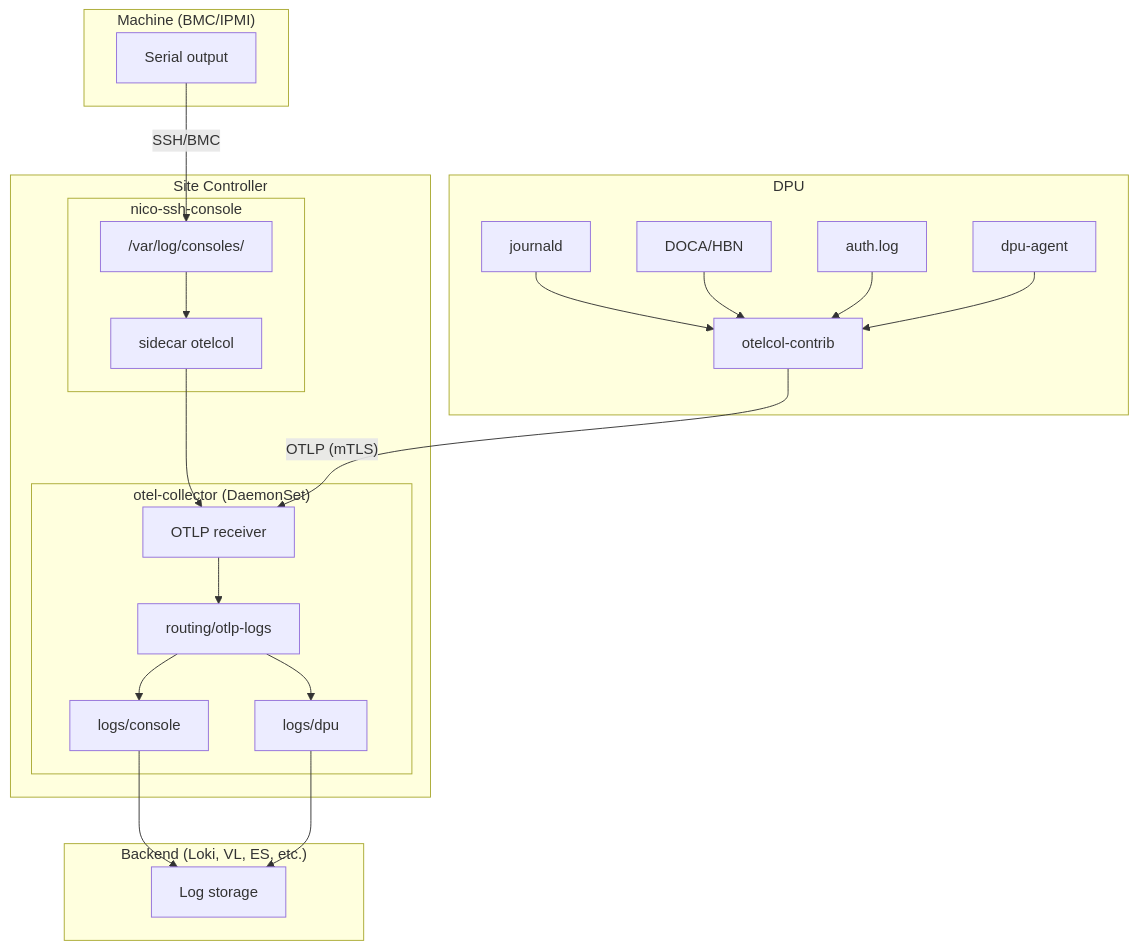
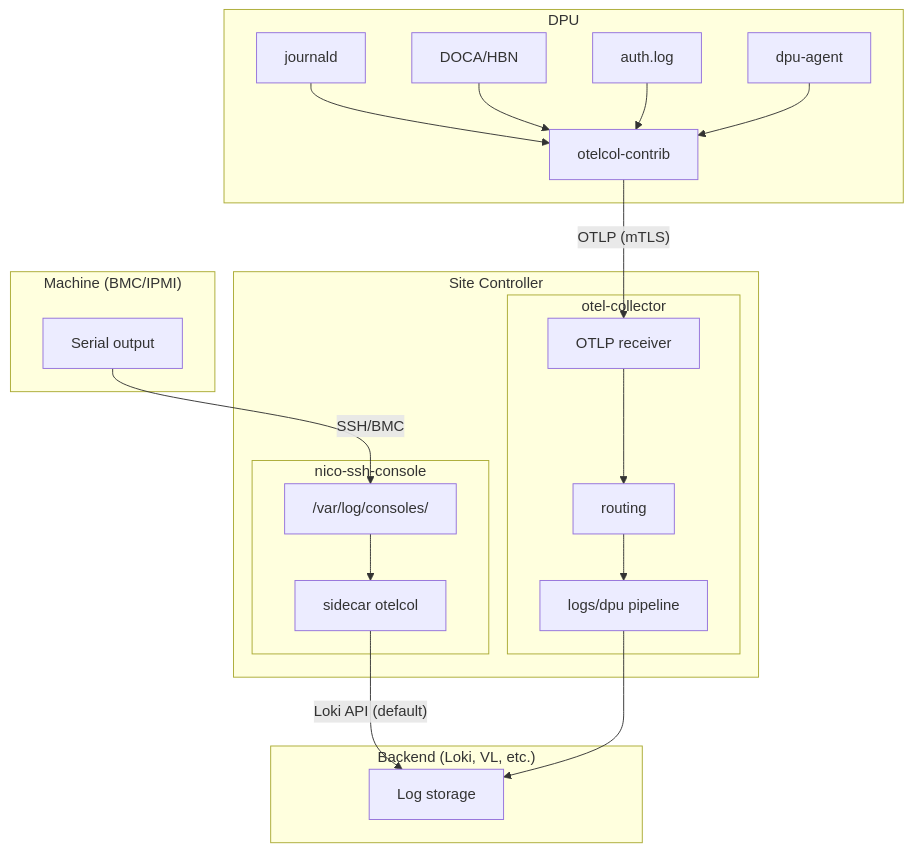
One commit to NVIDIA/bare-metal-manager-core changed the diagram in docs/observability/machine-dpu-logs.md. Above: the diagram before and after it, drawn with Mermaid. The commit also changed other lines of this file, not shown here.

Commit message:
docs(logs): address review findings for machine-dpu-logs

````diff
--- a/docs/observability/machine-dpu-logs.md
+++ b/docs/observability/machine-dpu-logs.md
@@ -18,44 +18,39 @@
 ```mermaid
 flowchart TB
     subgraph Machine["Machine (BMC/IPMI)"]
         serial["Serial output"]
     end
 
     subgraph DPU["DPU"]
         otelDPU["otelcol-contrib"]
         journald["journald"]
         hbn["DOCA/HBN"]
         auth["auth.log"]
         agent["dpu-agent"]
         journald & hbn & auth & agent --> otelDPU
     end
 
     subgraph Site["Site Controller"]
         subgraph sshConsole["nico-ssh-console"]
             files["/var/log/consoles/"]
             sidecar["sidecar otelcol"]
             files --> sidecar
         end
 
-        subgraph siteOtel["otel-collector (DaemonSet)"]
+        subgraph siteOtel["otel-collector"]
             otlpRecv["OTLP receiver"]
-            routing["routing/otlp-logs"]
-            logsConsole["logs/console"]
-            logsDPU["logs/dpu"]
-            otlpRecv --> routing
-            routing --> logsConsole
-            routing --> logsDPU
+            routing["routing"]
+            logsDPU["logs/dpu pipeline"]
+            otlpRecv --> routing --> logsDPU
         end
-
-        sidecar --> otlpRecv
     end
 
-    subgraph Backend["Backend (Loki, VL, ES, etc.)"]
+    subgraph Backend["Backend (Loki, VL, etc.)"]
         storage["Log storage"]
     end
 
     serial -->|"SSH/BMC"| files
+    sidecar -->|"Loki API (default)"| storage
     otelDPU -->|"OTLP (mTLS)"| otlpRecv
-    logsConsole --> storage
     logsDPU --> storage
 ```
````
